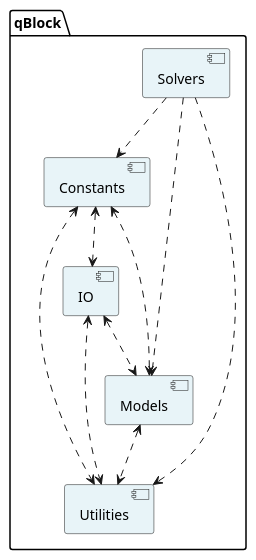
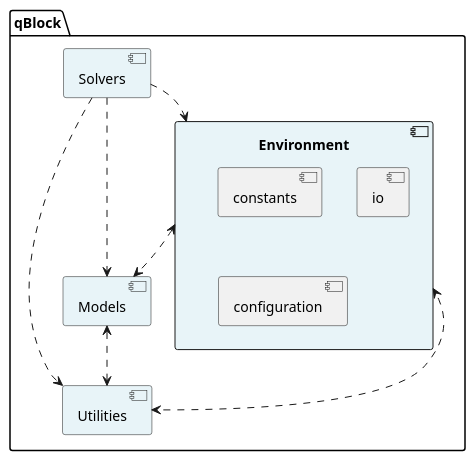
One commit to milosz-martynow/qBlock changed the diagram in architecture/component_diagram.puml. Above: the diagram before and after it, drawn with PlantUML. The commit also changed 73 other files, not shown here.

```diff
--- a/architecture/component_diagram.puml
+++ b/architecture/component_diagram.puml
@@ -1,33 +1,33 @@
 @startuml component_diagram
 
 
 ' ═══════════════════════════════════════════════════════════
 ' Component Definitions
 ' ═══════════════════════════════════════════════════════════
 
 package "qBlock" {
 
-  component [Constants] as constants #E8F4F8
-  component [IO] as io #E8F4F8
+  component [Environment] as environment #E8F4F8 {
+    [constants]
+    [io]
+    [configuration]
+  }
   component [Models] as models #E8F4F8
   component [Solvers] as solvers #E8F4F8
   component [Utilities] as utilities #E8F4F8
 
 }
 
 ' ═══════════════════════════════════════════════════════════
 ' Dependencies and Relationships
 ' ═══════════════════════════════════════════════════════════
 
 ' Component dependencies
-constants <..> io
-constants <..> models
-constants <..> utilities
-io <..> models
-io <..> utilities
+environment <..> models
+environment <..> utilities
 models <..> utilities
-solvers ..> constants
+solvers ..> environment
 solvers ..> models
 solvers ..> utilities
 
 @enduml
```
